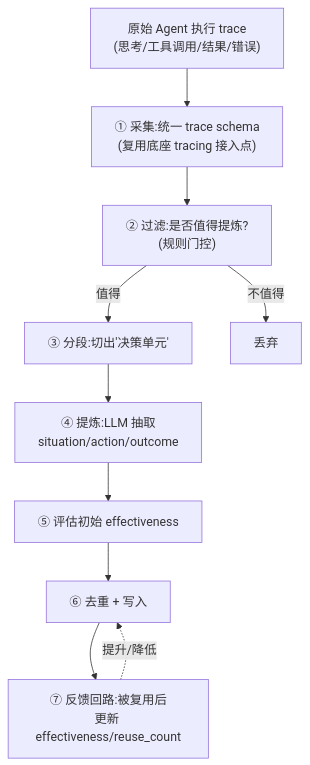
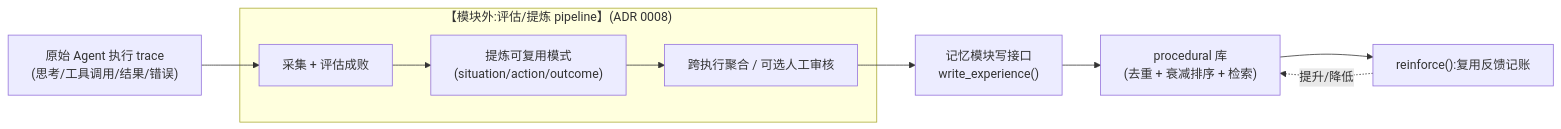
Before and after one commit to Kairos0922/kairos-agent-infra: the first of 2 diagrams in docs/modules/memory/memory-types.md, drawn with Mermaid. The commit also changed other lines of this file and 12 other files, not shown here.

First line of the commit message:
docs(memory): 新增 ADR 0007/0008 记忆时机与 procedural 解耦

````diff
--- a/docs/modules/memory/memory-types.md
+++ b/docs/modules/memory/memory-types.md
@@ -273,15 +293,15 @@
 ```mermaid
-flowchart TB
+flowchart LR
     T["原始 Agent 执行 trace<br/>(思考/工具调用/结果/错误)"]
-    F1["① 采集:统一 trace schema<br/>(复用底座 tracing 接入点)"]
-    F2["② 过滤:是否值得提炼?<br/>(规则门控)"]
-    F3["③ 分段:切出'决策单元'"]
-    F4["④ 提炼:LLM 抽取<br/>situation/action/outcome"]
-    F5["⑤ 评估初始 effectiveness"]
-    F6["⑥ 去重 + 写入"]
-    FB["⑦ 反馈回路:被复用后<br/>更新 effectiveness/reuse_count"]
-    T --> F1 --> F2 -->|值得| F3 --> F4 --> F5 --> F6
-    F2 -->|不值得| SKIP["丢弃"]
-    F6 --> FB
-    FB -.提升/降低.-> F6
+    subgraph OUT["【模块外:评估/提炼 pipeline】(ADR 0008)"]
+        E1["采集 + 评估成败"]
+        E2["提炼可复用模式<br/>(situation/action/outcome)"]
+        E3["跨执行聚合 / 可选人工审核"]
+    end
+    W["记忆模块写接口<br/>write_experience()"]
+    DB["procedural 库<br/>(去重 + 衰减排序 + 检索)"]
+    FB["reinforce():复用反馈记账"]
+    T --> E1 --> E2 --> E3 --> W --> DB
+    DB --> FB
+    FB -.提升/降低.-> DB
 ```
````
